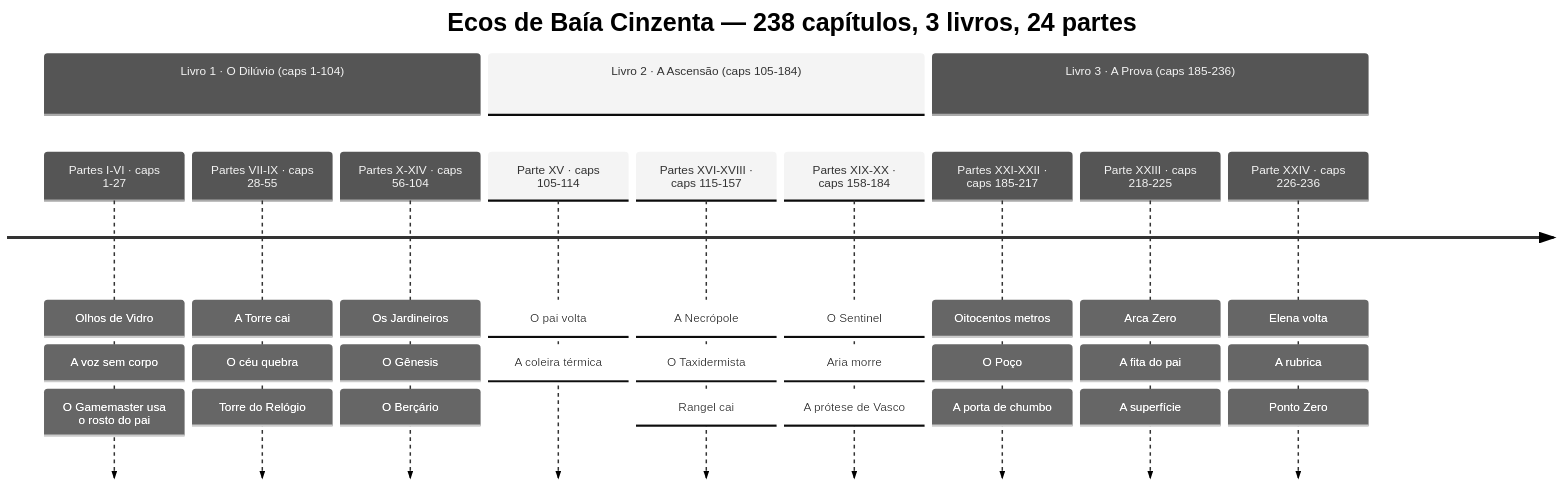
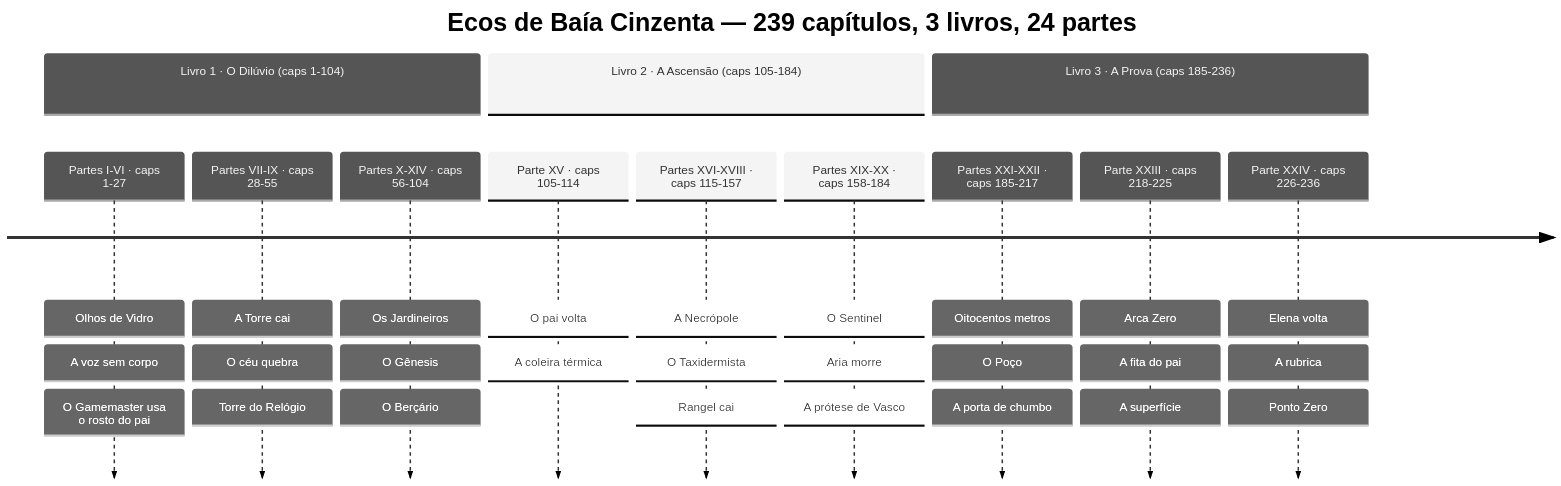
Before and after one commit to juninmd/ecos-de-baia-cinzenta: the first of 4 diagrams in docs/arcos.md, drawn with Mermaid (neutral theme). The commit also changed other lines of this file and 64 other files, not shown here.

````diff
--- a/docs/arcos.md
+++ b/docs/arcos.md
@@ -15,16 +15,16 @@
 ```mermaid
 timeline
-    title Ecos de Baía Cinzenta — 238 capítulos, 3 livros, 24 partes
+    title Ecos de Baía Cinzenta — 239 capítulos, 3 livros, 24 partes
     section Livro 1 · O Dilúvio (caps 1-104)
         Partes I-VI · caps 1-27 : Olhos de Vidro : A voz sem corpo : O Gamemaster usa o rosto do pai
         Partes VII-IX · caps 28-55 : A Torre cai : O céu quebra : Torre do Relógio
         Partes X-XIV · caps 56-104 : Os Jardineiros : O Gênesis : O Berçário
     section Livro 2 · A Ascensão (caps 105-184)
         Parte XV · caps 105-114 : O pai volta : A coleira térmica
         Partes XVI-XVIII · caps 115-157 : A Necrópole : O Taxidermista : Rangel cai
         Partes XIX-XX · caps 158-184 : O Sentinel : Aria morre : A prótese de Vasco
     section Livro 3 · A Prova (caps 185-236)
         Partes XXI-XXII · caps 185-217 : Oitocentos metros : O Poço : A porta de chumbo
         Parte XXIII · caps 218-225 : Arca Zero : A fita do pai : A superfície
         Parte XXIV · caps 226-236 : Elena volta : A rubrica : Ponto Zero
 ```
````
